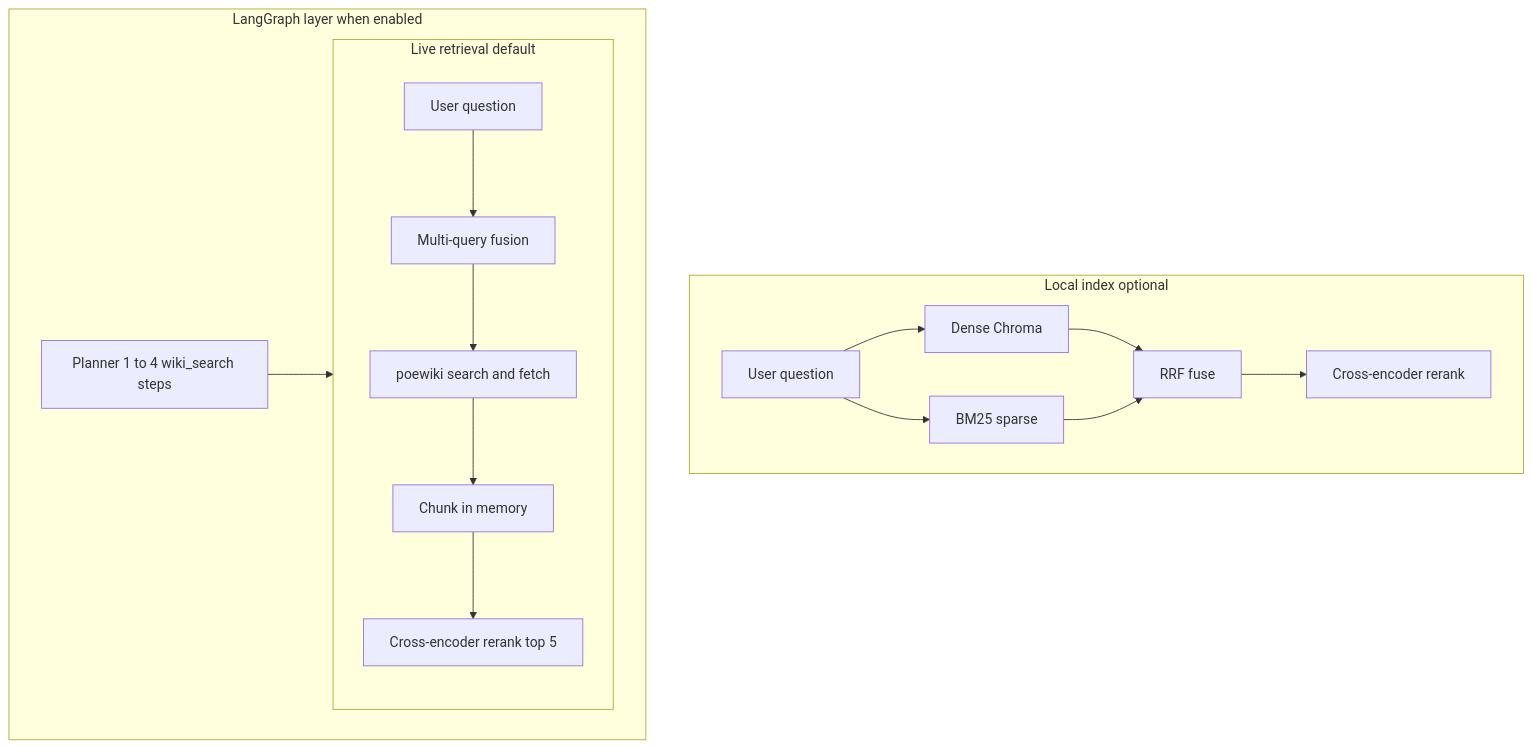
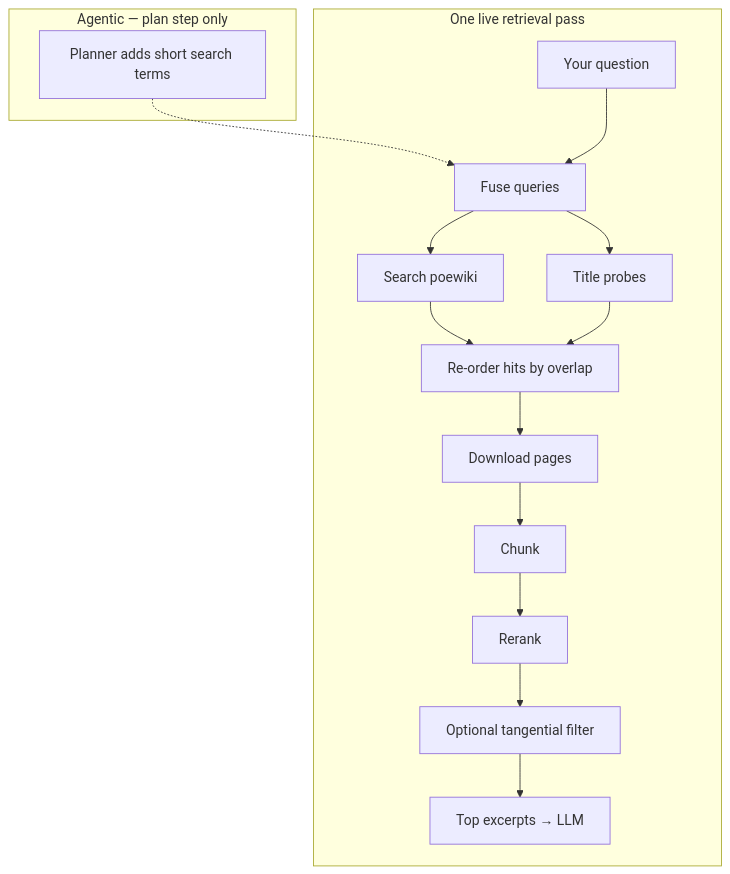
Before and after one commit to cent664/Siosa: the diagram in README.md, drawn with Mermaid. The commit also changed other lines of this file and 15 other files, not shown here.

First line of the commit message:
Lean README and architecture docs; fix CI ruff.

````diff
--- a/README.md
+++ b/README.md
@@ -156,27 +10,24 @@
 ```mermaid
 flowchart TB
-  subgraph livePath [Live retrieval default]
-    Q1[User question]
-    F1[Multi-query fusion]
-    W[poewiki search and fetch]
-    C1[Chunk in memory]
-    R1[Cross-encoder rerank top 5]
-    Q1 --> F1 --> W --> C1 --> R1
+  subgraph agentic["Agentic — plan step only"]
+    PL[Planner adds short search terms]
   end
-  subgraph localPath [Local index optional]
-    Q2[User question]
-    D[Dense Chroma]
-    B[BM25 sparse]
-    RRF[RRF fuse]
-    R2[Cross-encoder rerank]
-    Q2 --> D
-    Q2 --> B
-    D --> RRF
-    B --> RRF
-    RRF --> R2
+  subgraph pass["One live retrieval pass"]
+    Q[Your question]
+    F[Fuse queries]
+    S[Search poewiki]
+    T[Title probes]
+    O[Re-order hits by overlap]
+    DL[Download pages]
+    C[Chunk]
+    RR[Rerank]
+    FT[Optional tangential filter]
+    OUT[Top excerpts → LLM]
   end
-  subgraph agentLayer [LangGraph layer when enabled]
-    P[Planner 1 to 4 wiki_search steps]
-    P --> livePath
-  end
+  PL -.-> F
+  Q --> F --> S
+  F --> T
+  S --> O
+  T --> O
+  O --> DL --> C --> RR --> FT --> OUT
 ```
````
